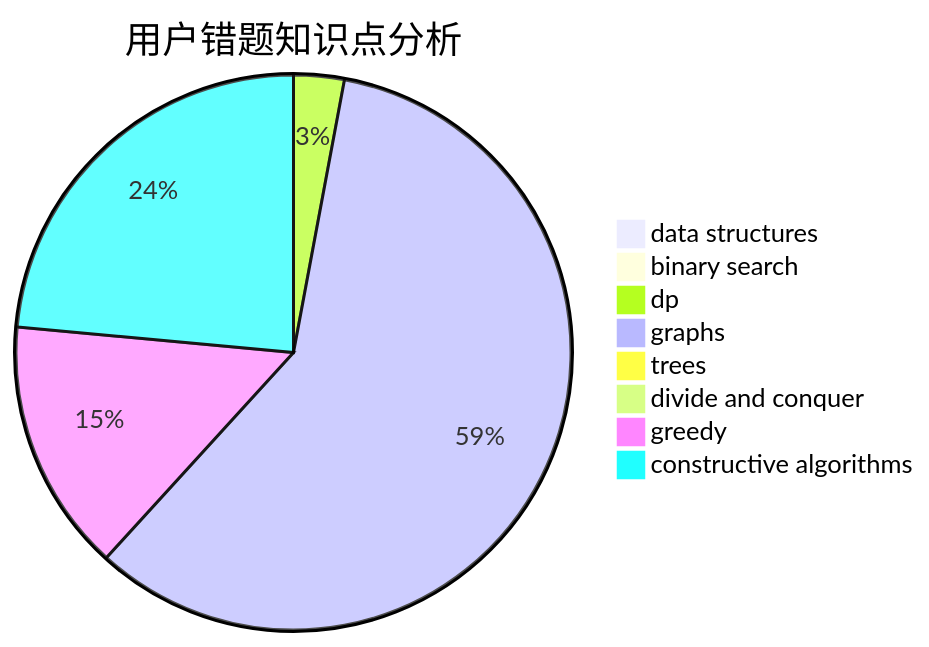
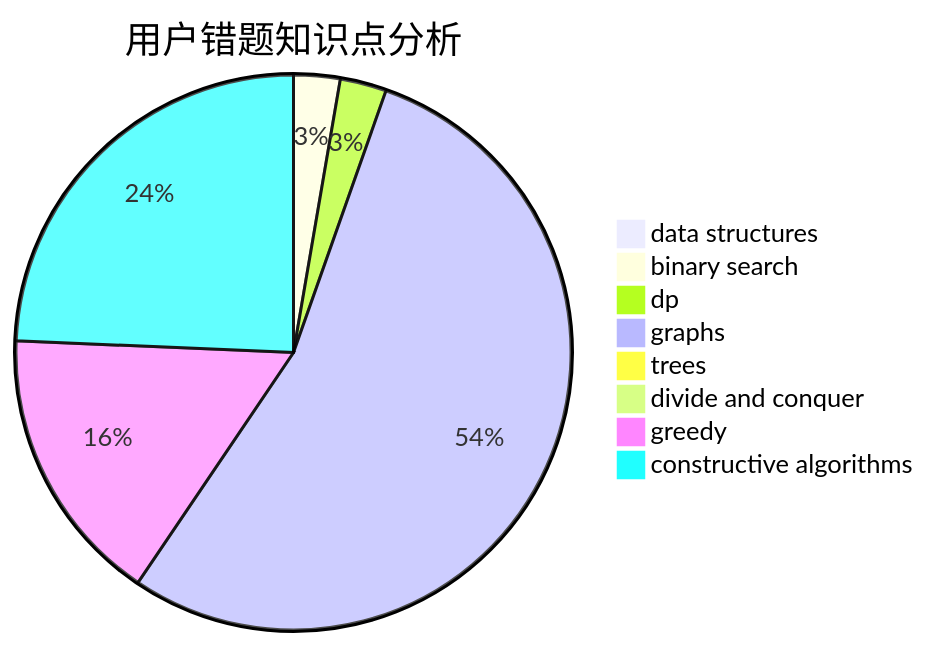
Before and after one commit to sherpahu/cfrs.github.io: the third of 3 diagrams in docs/user/u1163.md, drawn with Mermaid. The commit also changed other lines of this file and 2770 other files, not shown here.

````diff
--- a/docs/user/u1163.md
+++ b/docs/user/u1163.md
@@ -36,11 +36,11 @@
 ```mermaid
 pie title 用户错题知识点分析
     "data structures" :  0
-    "binary search" :  0
+    "binary search" :  1
     "dp" :  1
     "graphs" :  20
     "trees" :  0
     "divide and conquer" :  0
-    "greedy" :  5
-    "constructive algorithms" :  8
+    "greedy" :  6
+    "constructive algorithms" :  9
 ```
````
